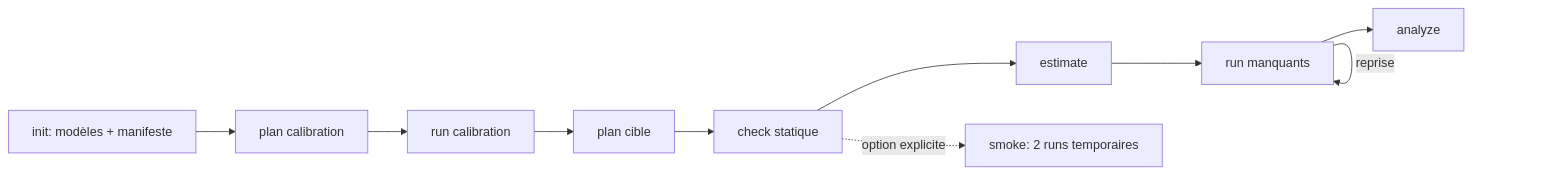
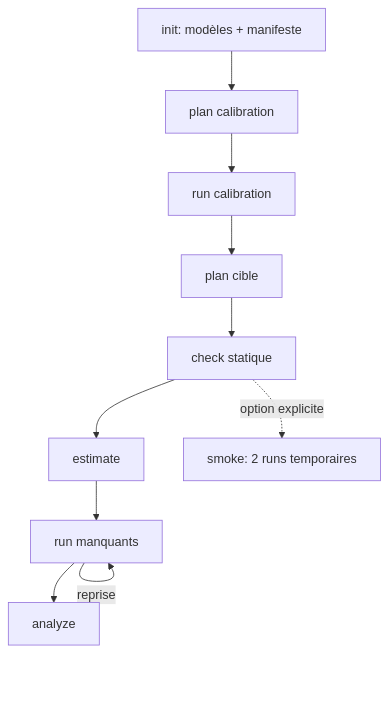
The diagram in docs-fr/workflow-and-results.md (abdoulrazac/eqasim-sa), drawn with Mermaid before and after one commit. The commit also changed other lines of this file and 13 other files, not shown here.

````diff
--- a/docs-fr/workflow-and-results.md
+++ b/docs-fr/workflow-and-results.md
@@ -7,12 +7,12 @@
 ```mermaid
-flowchart LR
+flowchart TD
     I[init: modèles + manifeste] --> PC[plan calibration]
     PC --> RC[run calibration]
     RC --> PT[plan cible]
     PT --> C[check statique]
     C --> E[estimate]
     E --> R[run manquants]
     R --> A[analyze]
     R -->|reprise| R
     C -. option explicite .-> S[smoke: 2 runs temporaires]
 ```
````
